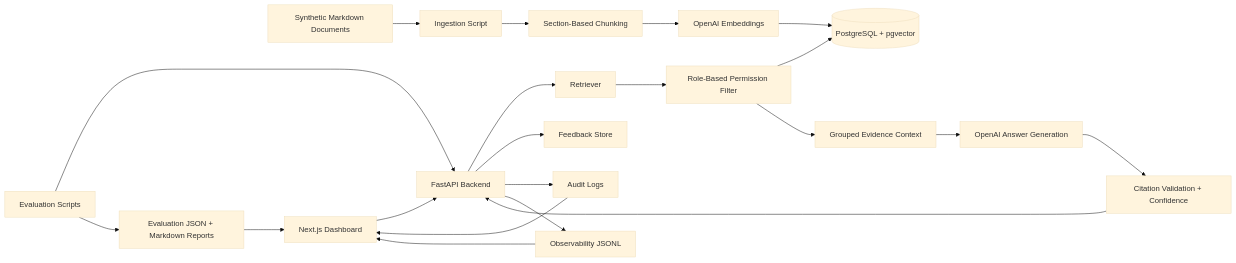
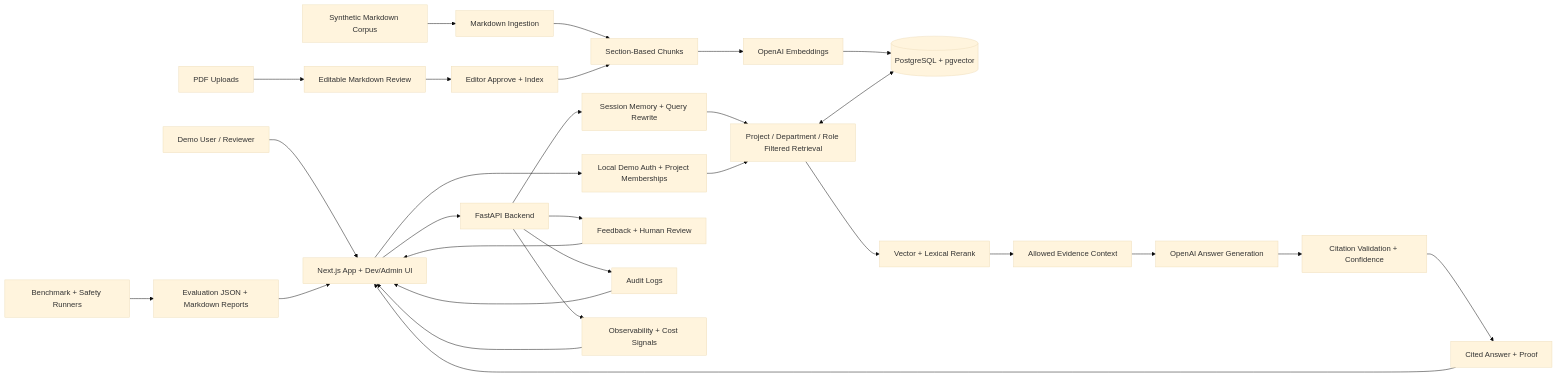
One commit to christiankfoury/proofbase-rag changed the diagram in README.md. Above: the diagram before and after it, drawn with Mermaid (base theme). The commit also changed 1 other file, not shown here.

Commit message:
Update architecture diagrams
Docs: refreshes the README and demo architecture diagrams to show App plus Dev/Admin UI, local demo auth, approval-gated PDF indexing, scoped retrieval, vector lexical reranking, citation proof, and Dev/Admin evidence flows.

Verification: reviewed the diagram diff, checked for stale 65-question and dashboard-only labels, and ran git diff --check on the updated docs.

````diff
--- a/README.md
+++ b/README.md
@@ -69,25 +69,34 @@
 ```mermaid
 flowchart LR
-  Docs[Synthetic Markdown Documents] --> Ingest[Ingestion Script]
-  Ingest --> Chunk[Section-Based Chunking]
+  User[Demo User / Reviewer] --> Web[Next.js App + Dev/Admin UI]
+  Web --> Auth[Local Demo Auth + Project Memberships]
+  Web --> API[FastAPI Backend]
+
+  Docs[Synthetic Markdown Corpus] --> Ingest[Markdown Ingestion]
+  Uploads[PDF Uploads] --> Review[Editable Markdown Review]
+  Review --> Approve[Editor Approve + Index]
+  Ingest --> Chunk[Section-Based Chunks]
+  Approve --> Chunk
   Chunk --> Embed[OpenAI Embeddings]
   Embed --> PG[(PostgreSQL + pgvector)]
 
-  Web[Next.js Dashboard] --> API[FastAPI Backend]
-  API --> Retriever[Retriever]
-  Retriever --> Permissions[Role-Based Permission Filter]
-  Permissions --> PG
-  Permissions --> Evidence[Grouped Evidence Context]
+  API --> Memory[Session Memory + Query Rewrite]
+  Memory --> Retrieve[Project / Department / Role Filtered Retrieval]
+  Auth --> Retrieve
+  Retrieve <--> PG
+  Retrieve --> Rerank[Vector + Lexical Rerank]
+  Rerank --> Evidence[Allowed Evidence Context]
   Evidence --> Generate[OpenAI Answer Generation]
-  Generate --> Citations[Citation Validation + Confidence]
-  Citations --> API
+  Generate --> Validate[Citation Validation + Confidence]
+  Validate --> Answer[Cited Answer + Proof]
+  Answer --> Web
 
-  API --> Feedback[Feedback Store]
+  API --> Feedback[Feedback + Human Review]
   API --> Audit[Audit Logs]
-  API --> Obs[Observability JSONL]
-  Eval[Evaluation Scripts] --> API
-  Eval --> Reports[Evaluation JSON + Markdown Reports]
+  API --> Obs[Observability + Cost Signals]
+  Eval[Benchmark + Safety Runners] --> Reports[Evaluation JSON + Markdown Reports]
   Reports --> Web
+  Feedback --> Web
+  Audit --> Web
   Obs --> Web
-  Audit --> Web
 ```
````
